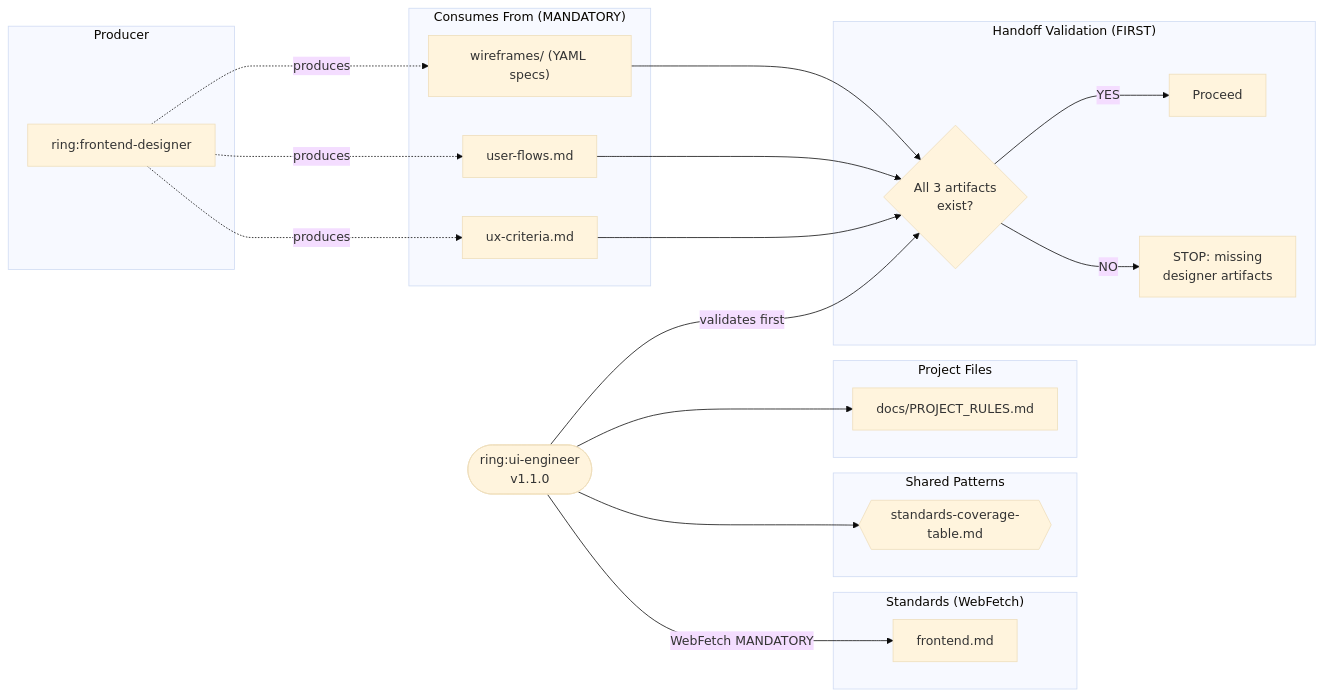
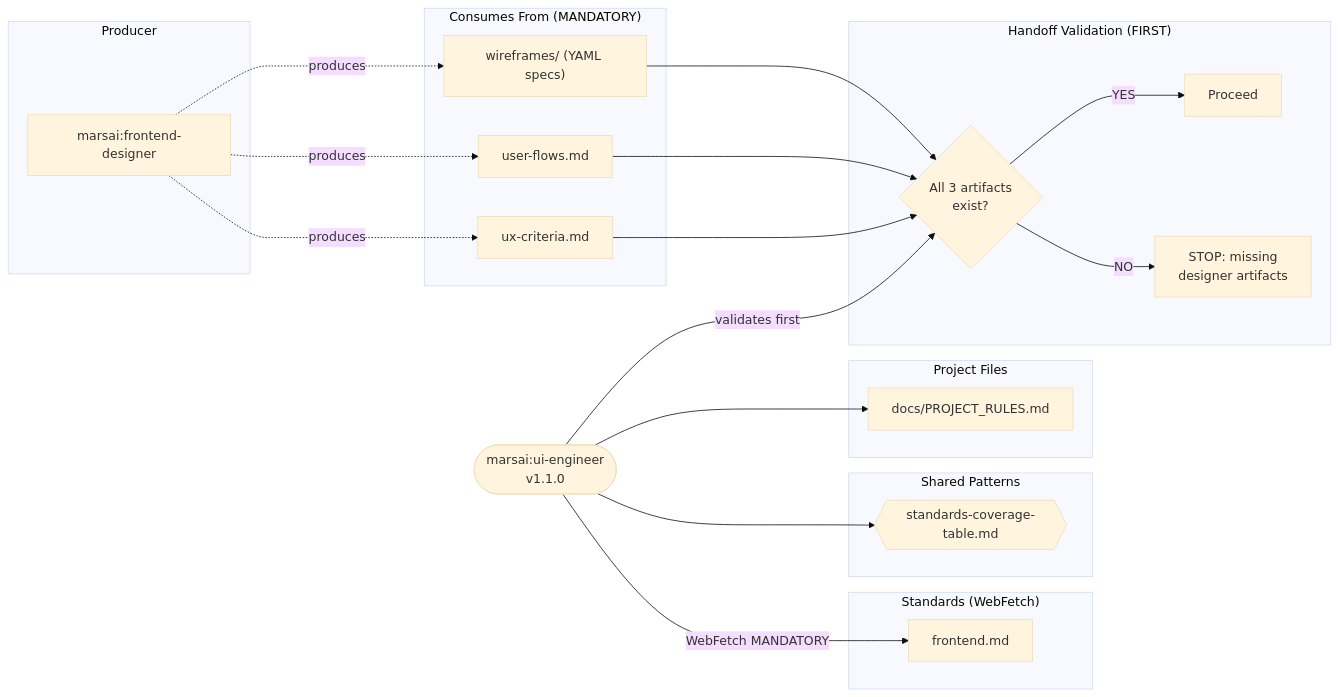
One commit to rodrigodh/ring changed the seventh of 21 diagrams in dev-team/docs/dependency-diagrams.md. Above: the diagram before and after it, drawn with Mermaid (base theme). The commit also changed other lines of this file and 203 other files, not shown here.

````diff
--- a/dev-team/docs/dependency-diagrams.md
+++ b/dev-team/docs/dependency-diagrams.md
@@ -355,41 +355,41 @@
 ```mermaid
 flowchart LR
-    agent(["ring:ui-engineer<br/>v1.1.0"])
+    agent(["marsai:ui-engineer<br/>v1.1.0"])
 
     subgraph Standards["Standards (WebFetch)"]
         fe["frontend.md"]
     end
 
     subgraph SharedPatterns["Shared Patterns"]
         sct{{"standards-coverage-table.md"}}
     end
 
     subgraph ConsumesFrom["Consumes From (MANDATORY)"]
         ux["ux-criteria.md"]
         flows["user-flows.md"]
         wire["wireframes/ (YAML specs)"]
     end
 
     subgraph Producer["Producer"]
-        designer["ring:frontend-designer"]
+        designer["marsai:frontend-designer"]
     end
 
     subgraph ProjectFiles["Project Files"]
         pr["docs/PROJECT_RULES.md"]
     end
 
     subgraph Validation["Handoff Validation (FIRST)"]
         check{"All 3 artifacts<br/>exist?"}
         proceed["Proceed"]
         block["STOP: missing<br/>designer artifacts"]
     end
 
     agent -->|"WebFetch MANDATORY"| fe
     agent --> sct
     agent --> pr
     designer ...->|"produces"| ux & flows & wire
     agent -->|"validates first"| check
     ux & flows & wire --> check
     check -->|"YES"| proceed
     check -->|"NO"| block
 ```
````
